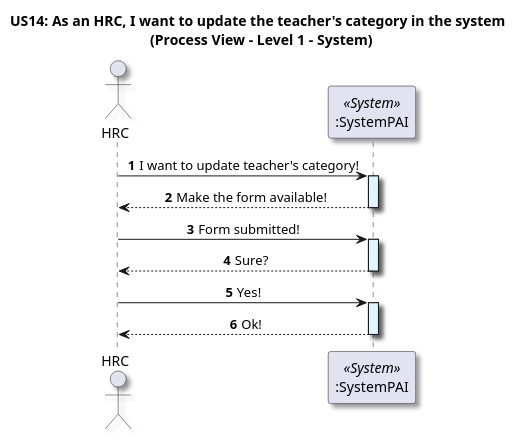
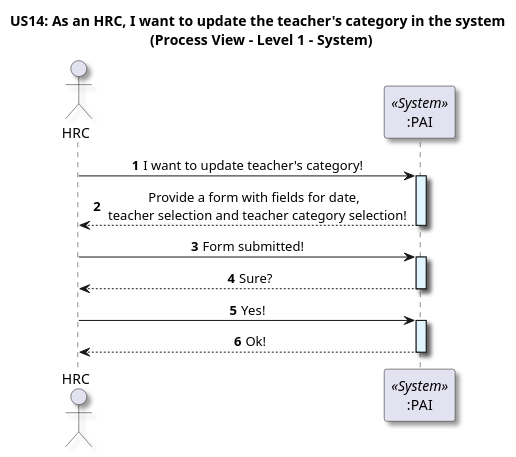
One commit to GasparISEP/DevOps-PAI changed the diagram in docs/US14/Sprint7_RestAPI/ProcessView/Level1.puml. Above: the diagram before and after it, drawn with PlantUML. The commit also changed 2 other files, not shown here.

```diff
--- a/docs/US14/Sprint7_RestAPI/ProcessView/Level1.puml
+++ b/docs/US14/Sprint7_RestAPI/ProcessView/Level1.puml
@@ -1,30 +1,30 @@
 @startuml
 
 title US14: As an HRC, I want to update the teacher's category in the system \n (Process View - Level 1 - System)
 
 skinparam defaultTextAlignment center
 skinparam shadowing true
 
 autonumber
 
 actor HRC as admin
-participant ":SystemPAI" as System <<System>>
+participant ":PAI" as System <<System>>
 
 admin -> System: I want to update teacher's category!
 activate System #E1F5FE
 
-System --> admin: Make the form available!
+System --> admin: Provide a form with fields for date, \n teacher selection and teacher category selection!
 deactivate System
 
 admin -> System: Form submitted!
 activate System #E1F5FE
 
 System --> admin: Sure?
 deactivate System
 
 admin -> System: Yes!
 activate System #E1F5FE
 
 System --> admin: Ok!
 deactivate System
 @enduml
```
